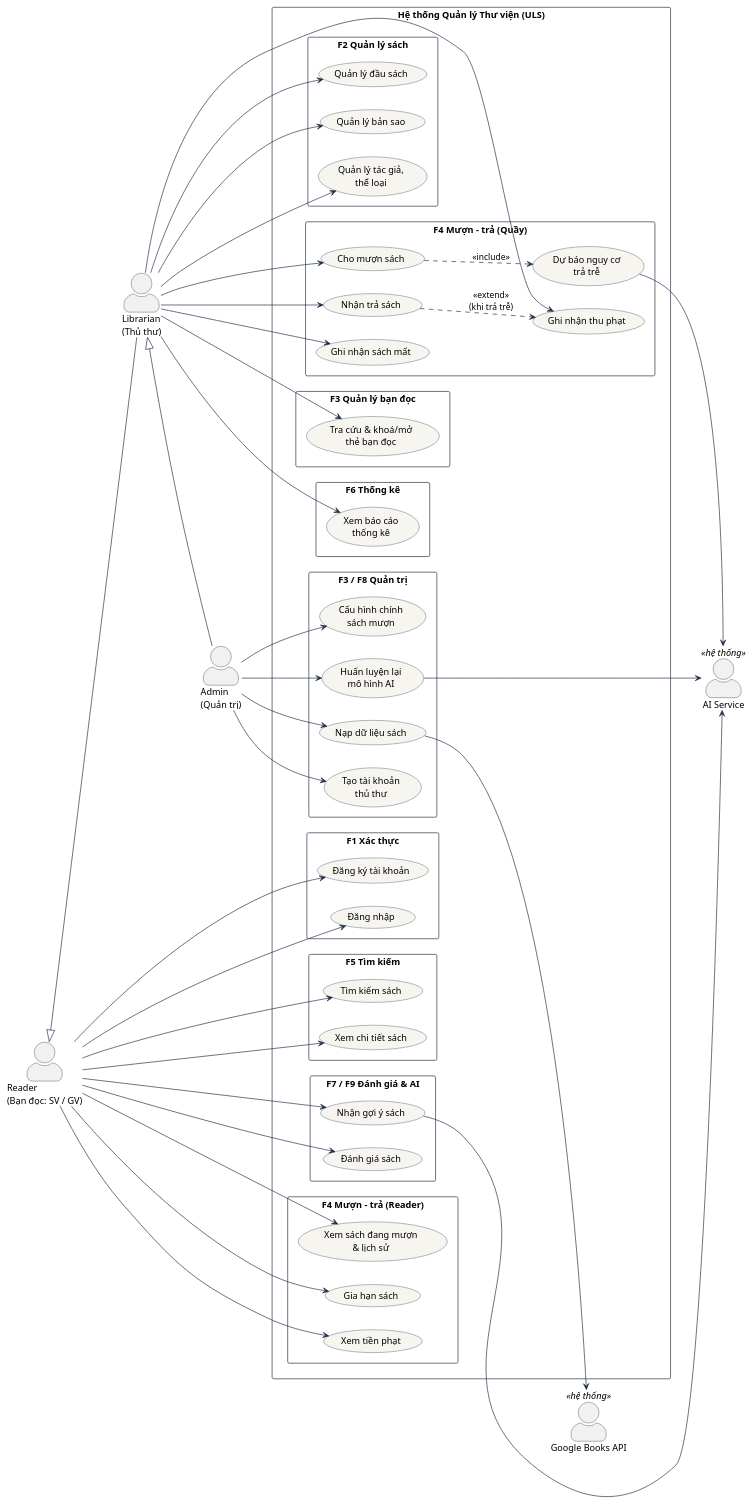
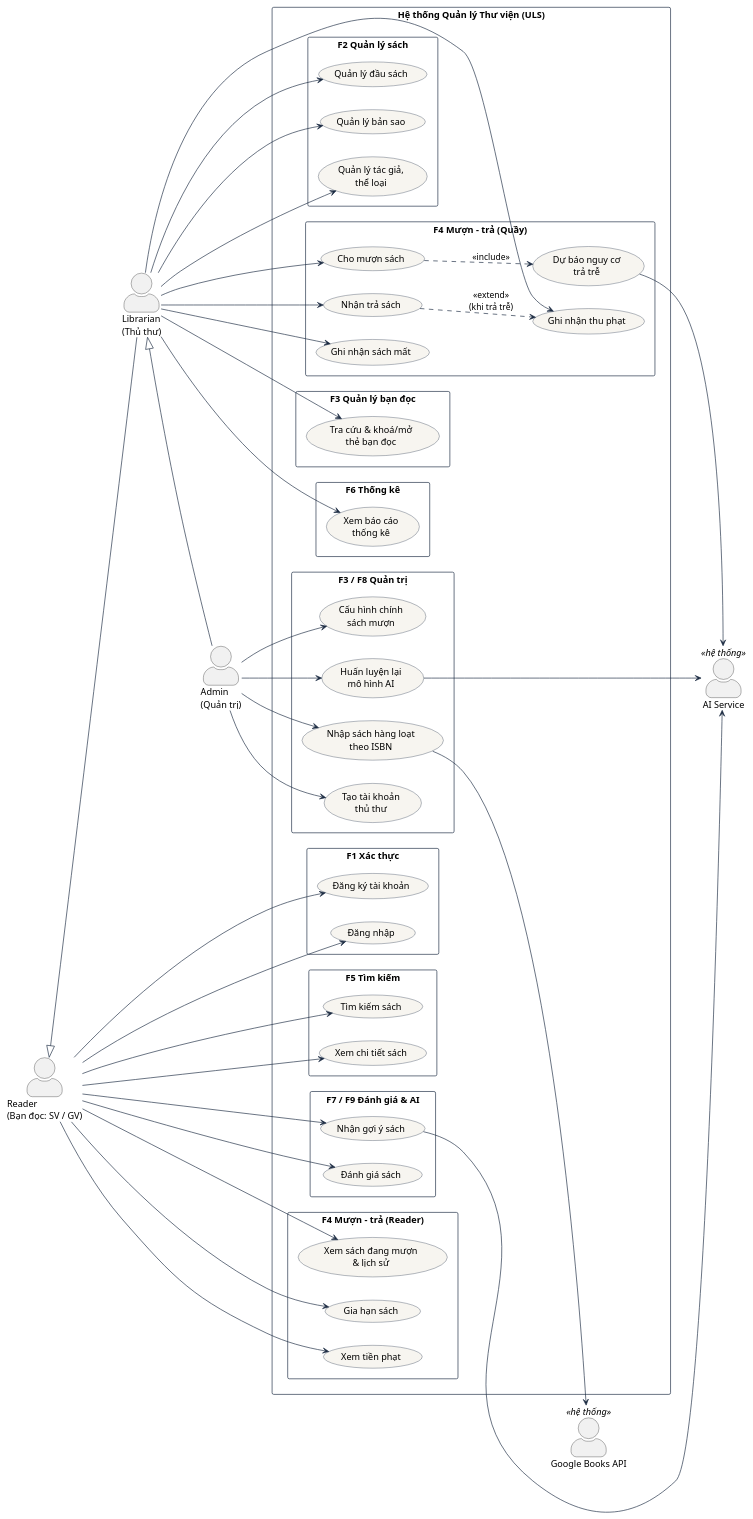
One commit to khoidev2001/university-library-system changed the diagram in docs/uml/use-case-overview.puml. Above: the diagram before and after it, drawn with PlantUML. The commit also changed 8 other files, not shown here.

First line of the commit message:
docs: FR-BOOK-05 nhập sách theo ISBN; sửa số liệu brief; cập nhật biểu đồ

```diff
--- a/docs/uml/use-case-overview.puml
+++ b/docs/uml/use-case-overview.puml
@@ -1,100 +1,100 @@
 @startuml use-case-overview
 ' Use Case tổng quan — Hệ thống Quản lý Thư viện Trường Đại học (ULS)
 left to right direction
 skinparam packageStyle rectangle
 skinparam actorStyle awesome
 skinparam usecase {
   BackgroundColor #F7F5F0
   BorderColor #1B2A41
   ArrowColor #1B2A41
 }
 skinparam rectangle {
   BackgroundColor #FFFFFF
   BorderColor #1B2A41
 }
 
 actor "Reader\n(Bạn đọc: SV / GV)" as Reader
 actor "Librarian\n(Thủ thư)" as Librarian
 actor "Admin\n(Quản trị)" as Admin
 actor "AI Service" as AI <<hệ thống>>
 actor "Google Books API" as GB <<hệ thống>>
 
 Librarian -up-|> Reader
 Admin -up-|> Librarian
 
 rectangle "Hệ thống Quản lý Thư viện (ULS)" {
   package "F1 Xác thực" {
     usecase "Đăng ký tài khoản" as UC01
     usecase "Đăng nhập" as UC02
   }
   package "F5 Tìm kiếm" {
     usecase "Tìm kiếm sách" as UC05
     usecase "Xem chi tiết sách" as UC06
   }
   package "F4 Mượn – trả (Reader)" {
     usecase "Xem sách đang mượn\n& lịch sử" as UC10
     usecase "Gia hạn sách" as UC09
     usecase "Xem tiền phạt" as UC12a
   }
   package "F7 / F9 Đánh giá & AI" {
     usecase "Đánh giá sách" as UC17
     usecase "Nhận gợi ý sách" as UC18
   }
   package "F2 Quản lý sách" {
     usecase "Quản lý đầu sách" as UC03
     usecase "Quản lý bản sao" as UC04
     usecase "Quản lý tác giả,\nthể loại" as UC20
   }
   package "F4 Mượn – trả (Quầy)" {
     usecase "Cho mượn sách" as UC07
     usecase "Nhận trả sách" as UC08
     usecase "Ghi nhận sách mất" as UC11
     usecase "Ghi nhận thu phạt" as UC12b
     usecase "Dự báo nguy cơ\ntrả trễ" as UC19
   }
   package "F3 Quản lý bạn đọc" {
     usecase "Tra cứu & khoá/mở\nthẻ bạn đọc" as UC13
   }
   package "F6 Thống kê" {
     usecase "Xem báo cáo\nthống kê" as UC16
   }
   package "F3 / F8 Quản trị" {
     usecase "Tạo tài khoản\nthủ thư" as UC14
     usecase "Cấu hình chính\nsách mượn" as UC15
     usecase "Huấn luyện lại\nmô hình AI" as UC21
-    usecase "Nạp dữ liệu sách" as UC22
+    usecase "Nhập sách hàng loạt\ntheo ISBN" as UC22
   }
 }
 
 Reader --> UC01
 Reader --> UC02
 Reader --> UC05
 Reader --> UC06
 Reader --> UC10
 Reader --> UC09
 Reader --> UC12a
 Reader --> UC17
 Reader --> UC18
 
 Librarian --> UC03
 Librarian --> UC04
 Librarian --> UC20
 Librarian --> UC07
 Librarian --> UC08
 Librarian --> UC11
 Librarian --> UC12b
 Librarian --> UC13
 Librarian --> UC16
 
 Admin --> UC14
 Admin --> UC15
 Admin --> UC21
 Admin --> UC22
 
 UC07 ..> UC19 : <<include>>
 UC08 ..> UC12b : <<extend>>\n(khi trả trễ)
 UC19 --> AI
 UC18 --> AI
 UC21 --> AI
 UC22 --> GB
 @enduml
```
